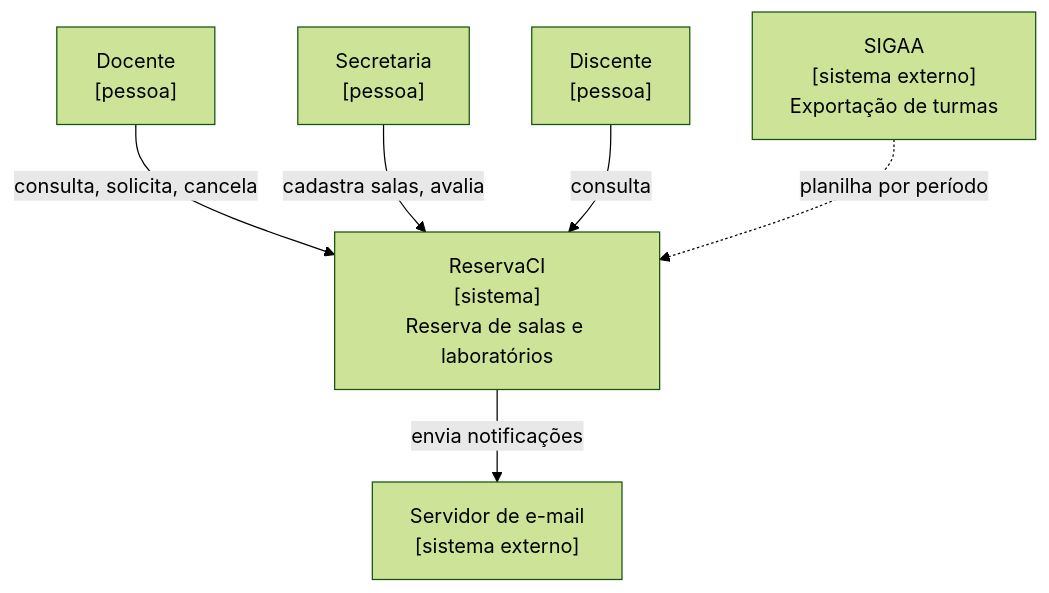
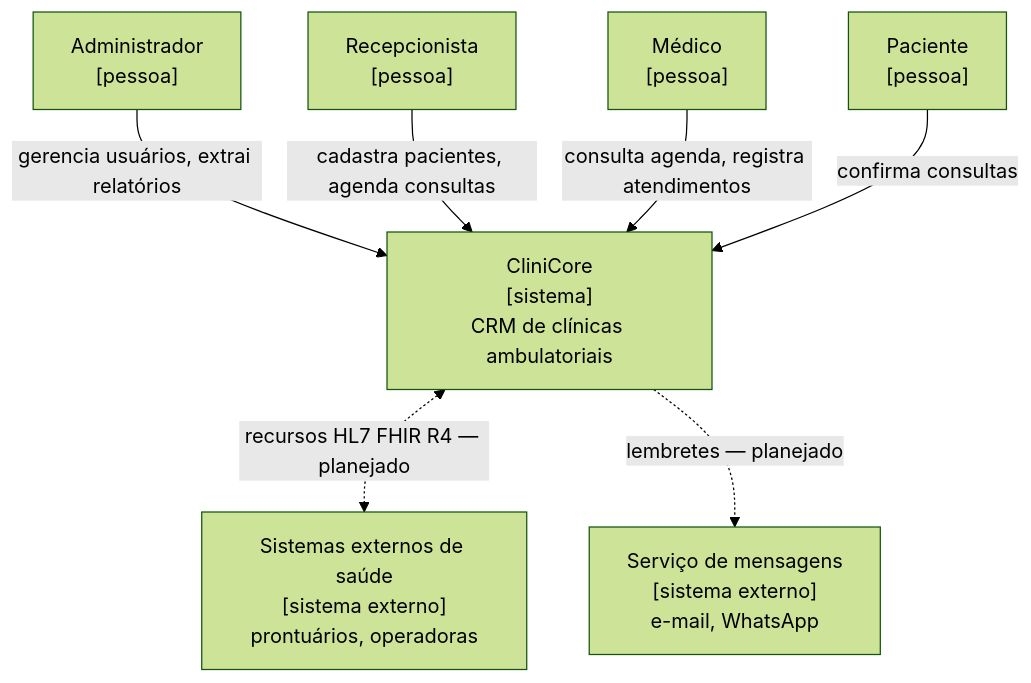
One commit to beatrizmontenegro07/projeto-metodos changed the first of 4 diagrams in docs/07-arquitetura/README.md. Above: the diagram before and after it, drawn with Mermaid (forest theme). The commit also changed other lines of this file, not shown here.

First line of the commit message:
docs(arquitetura): describe CliniCore logical and physical architecture

````diff
--- a/docs/07-arquitetura/README.md
+++ b/docs/07-arquitetura/README.md
@@ -8,15 +9,17 @@
 ```mermaid
 flowchart TB
-    docente["Docente<br/>[pessoa]"]
-    secretaria["Secretaria<br/>[pessoa]"]
-    discente["Discente<br/>[pessoa]"]
-    sistema["ReservaCI<br/>[sistema]<br/>Reserva de salas e laboratórios"]
-    smtp["Servidor de e-mail<br/>[sistema externo]"]
-    sigaa["SIGAA<br/>[sistema externo]<br/>Exportação de turmas"]
+    admin["Administrador<br/>[pessoa]"]
+    recepcao["Recepcionista<br/>[pessoa]"]
+    medico["Médico<br/>[pessoa]"]
+    paciente["Paciente<br/>[pessoa]"]
+    sistema["CliniCore<br/>[sistema]<br/>CRM de clínicas ambulatoriais"]
+    fhir["Sistemas externos de saúde<br/>[sistema externo]<br/>prontuários, operadoras"]
+    mensagens["Serviço de mensagens<br/>[sistema externo]<br/>e-mail, WhatsApp"]
 
-    docente -->|consulta, solicita, cancela| sistema
-    secretaria -->|cadastra salas, avalia| sistema
-    discente -->|consulta| sistema
-    sistema -->|envia notificações| smtp
-    sigaa -.->|planilha por período| sistema
+    admin -->|gerencia usuários, extrai relatórios| sistema
+    recepcao -->|cadastra pacientes, agenda consultas| sistema
+    medico -->|consulta agenda, registra atendimentos| sistema
+    paciente -->|confirma consultas| sistema
+    sistema <-.->|recursos HL7 FHIR R4 — planejado| fhir
+    sistema -.->|lembretes — planejado| mensagens
 ```
````
